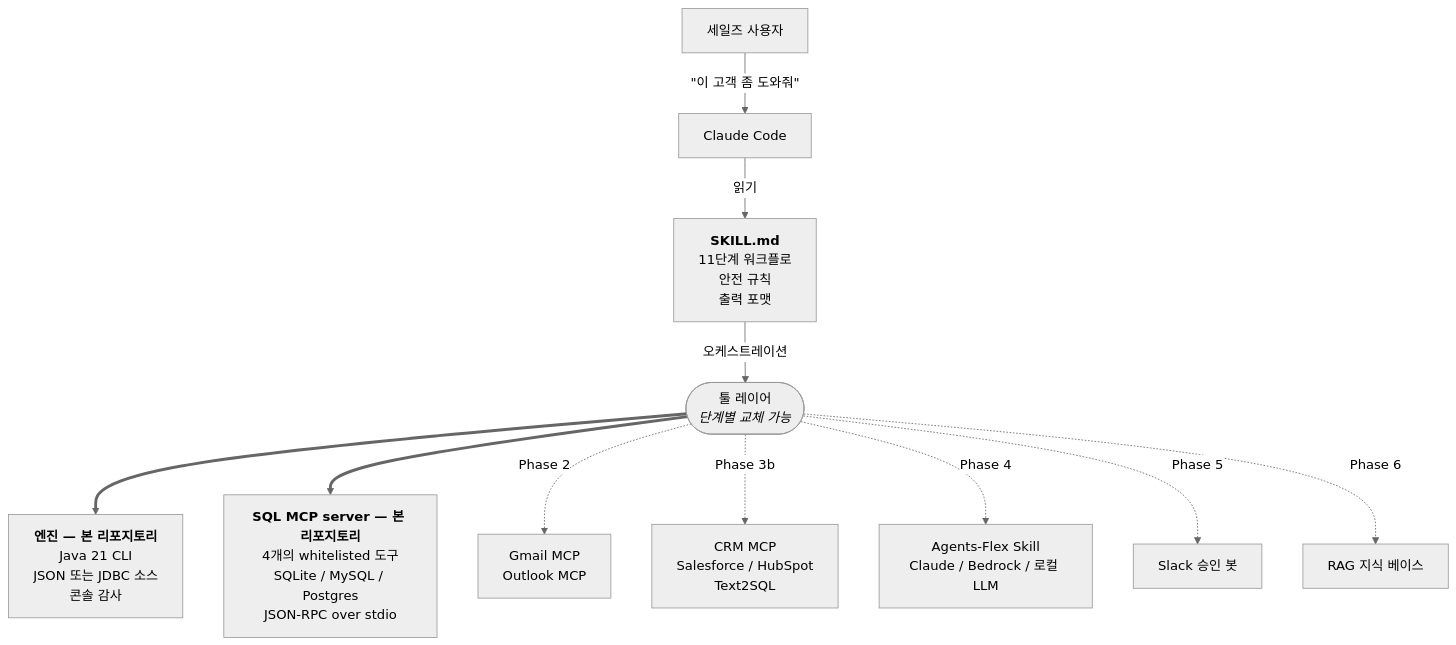
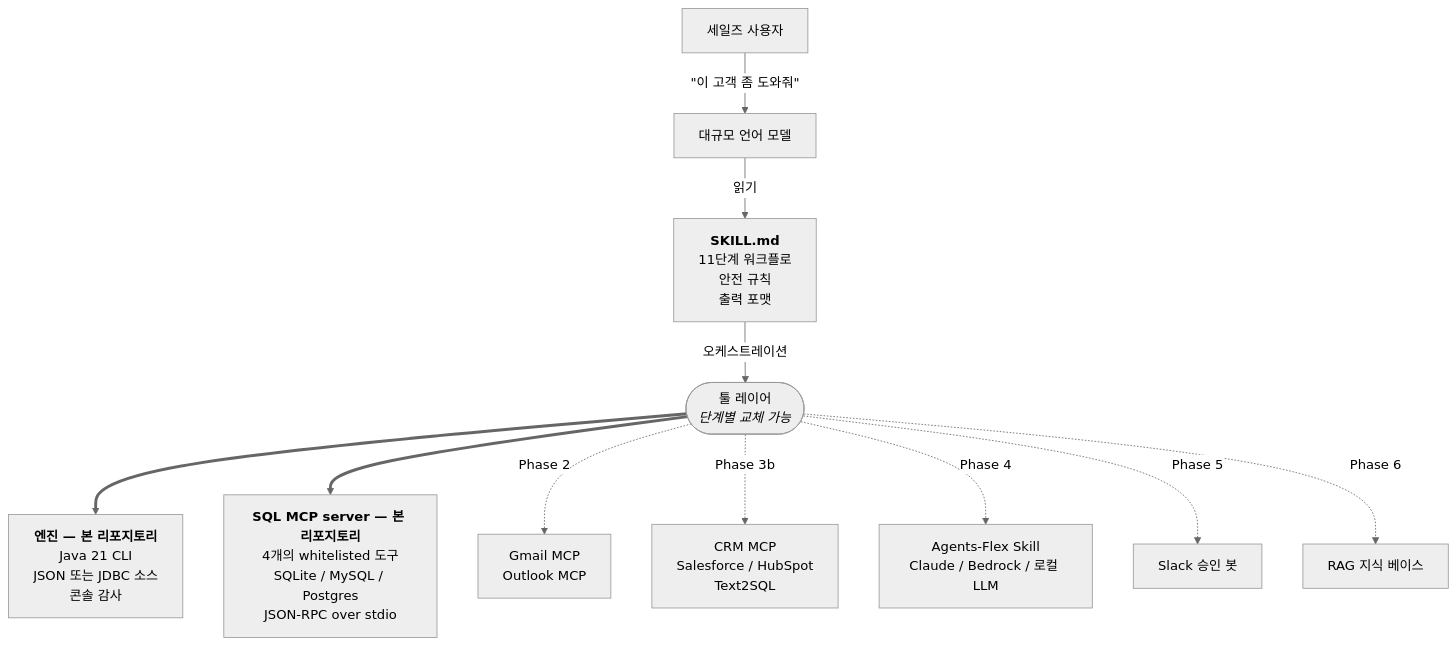
One commit to xup6jammy/Sales-AI changed the first of 3 diagrams in README.ko.md. Above: the diagram before and after it, drawn with Mermaid (neutral theme). The commit also changed other lines of this file and 5 other files, not shown here.

First line of the commit message:
docs: replace Claude Code with LLM in flowchart nodes

````diff
--- a/README.ko.md
+++ b/README.ko.md
@@ -82,14 +82,14 @@
 ```mermaid
 flowchart TD
-    user["세일즈 사용자"] -->|"&quot;이 고객 좀 도와줘&quot;"| cc["Claude Code"]
+    user["세일즈 사용자"] -->|"&quot;이 고객 좀 도와줘&quot;"| cc["대규모 언어 모델"]
     cc -->|읽기| skill["<b>SKILL.md</b><br/>11단계 워크플로<br/>안전 규칙<br/>출력 포맷"]
     skill -->|오케스트레이션| tools(["툴 레이어<br/><i>단계별 교체 가능</i>"])
 
     tools ==> mvp["<b>엔진 — 본 리포지토리</b><br/>Java 21 CLI<br/>JSON 또는 JDBC 소스<br/>콘솔 감사"]
     tools ==> mcp["<b>SQL MCP server — 본 리포지토리</b><br/>4개의 whitelisted 도구<br/>SQLite / MySQL / Postgres<br/>JSON-RPC over stdio"]
     tools -.->|Phase 2| email["Gmail MCP<br/>Outlook MCP"]
     tools -.->|Phase 3b| crm["CRM MCP<br/>Salesforce / HubSpot<br/>Text2SQL"]
     tools -.->|Phase 4| llm["Agents-Flex Skill<br/>Claude / Bedrock / 로컬 LLM"]
     tools -.->|Phase 5| approve["Slack 승인 봇"]
     tools -.->|Phase 6| rag["RAG 지식 베이스"]
 ```
````
